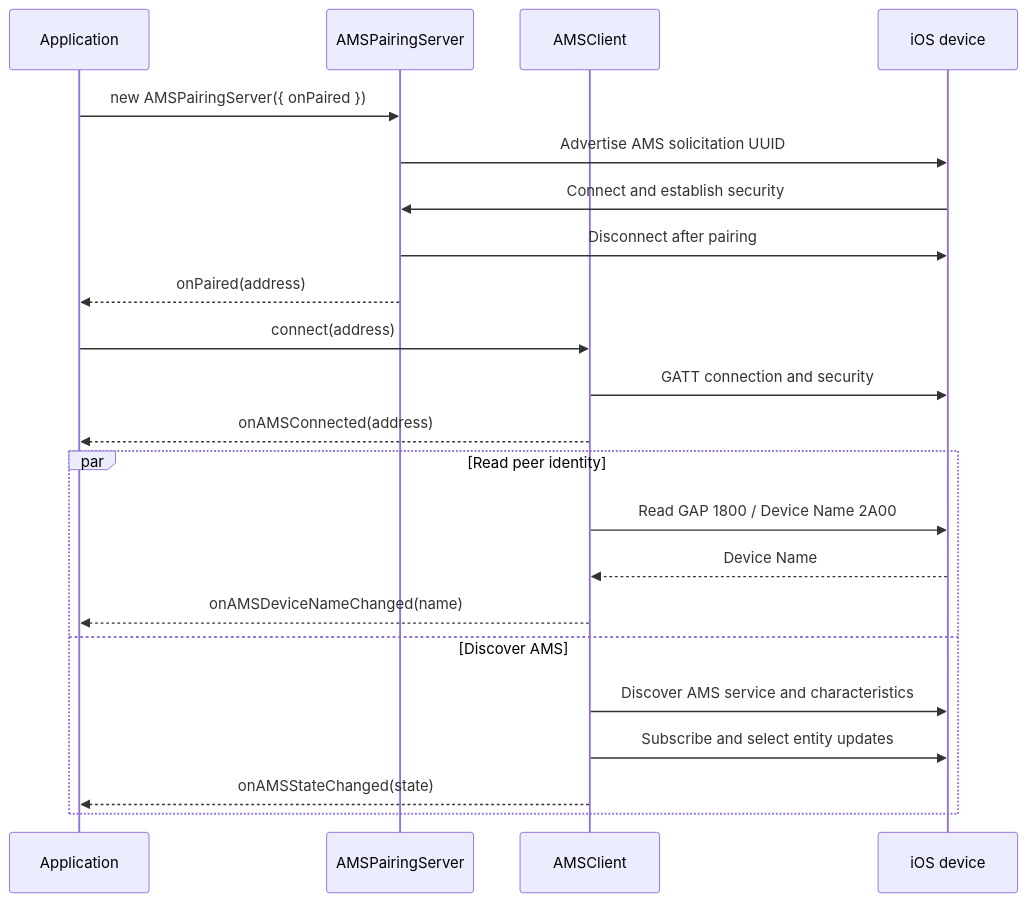
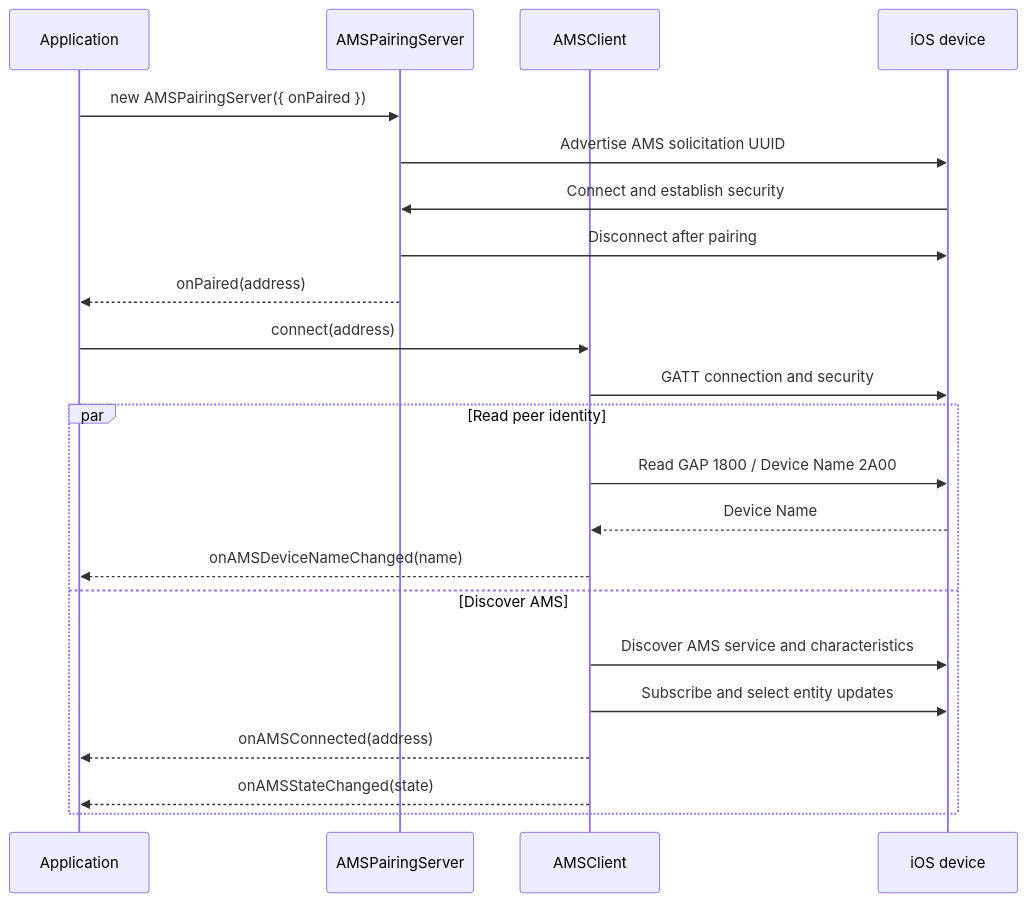
Before and after one commit to stc1988/moddablue: the diagram in modules/ams/README.md, drawn with Mermaid. The commit also changed other lines of this file and 27 other files, not shown here.

````diff
--- a/modules/ams/README.md
+++ b/modules/ams/README.md
@@ -30,25 +36,25 @@
 ```mermaid
 sequenceDiagram
     participant App as Application
     participant Pairing as AMSPairingServer
     participant Client as AMSClient
     participant Phone as iOS device
 
     App->>Pairing: new AMSPairingServer({ onPaired })
     Pairing->>Phone: Advertise AMS solicitation UUID
     Phone->>Pairing: Connect and establish security
     Pairing->>Phone: Disconnect after pairing
     Pairing-->>App: onPaired(address)
     App->>Client: connect(address)
     Client->>Phone: GATT connection and security
-    Client-->>App: onAMSConnected(address)
     par Read peer identity
         Client->>Phone: Read GAP 1800 / Device Name 2A00
         Phone-->>Client: Device Name
         Client-->>App: onAMSDeviceNameChanged(name)
     and Discover AMS
         Client->>Phone: Discover AMS service and characteristics
         Client->>Phone: Subscribe and select entity updates
+        Client-->>App: onAMSConnected(address)
         Client-->>App: onAMSStateChanged(state)
     end
 ```
````
